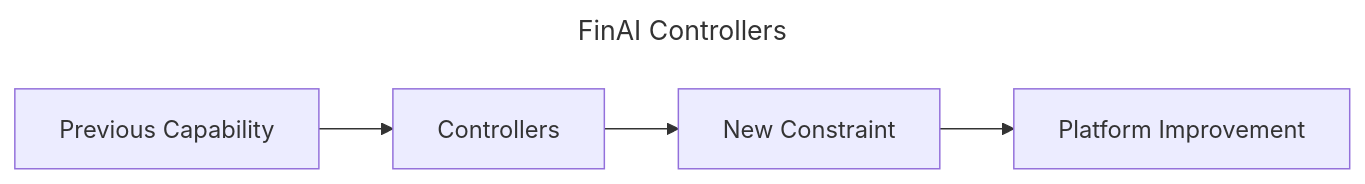
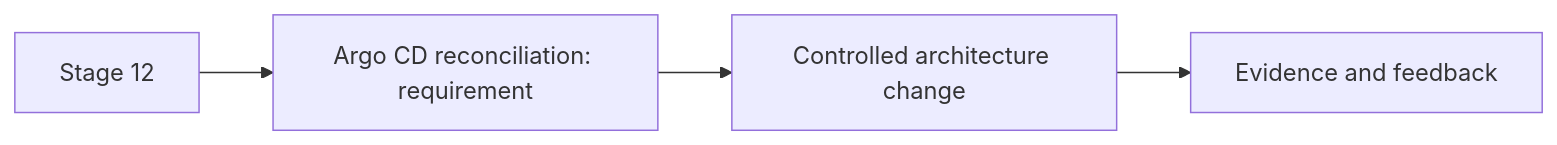
One commit to m1mohamad/devops-sre-prep changed diagram 13 of 30 in docs/journey/index.md. Above: the diagram before and after it, drawn with Mermaid. The commit also changed other lines of this file and 100 other files, not shown here.

````diff
--- a/docs/journey/index.md
+++ b/docs/journey/index.md
@@ -153,7 +262,6 @@
 ```mermaid
----
-title: FinAI Controllers
----
 flowchart LR
-  A[Previous Capability] --> B[Controllers] --> C[New Constraint] --> D[Platform Improvement]
+  S13[Stage 12] --> R13[Argo CD reconciliation: requirement]
+  R13 --> C13[Controlled architecture change]
+  C13 --> E13[Evidence and feedback]
 ```
````
